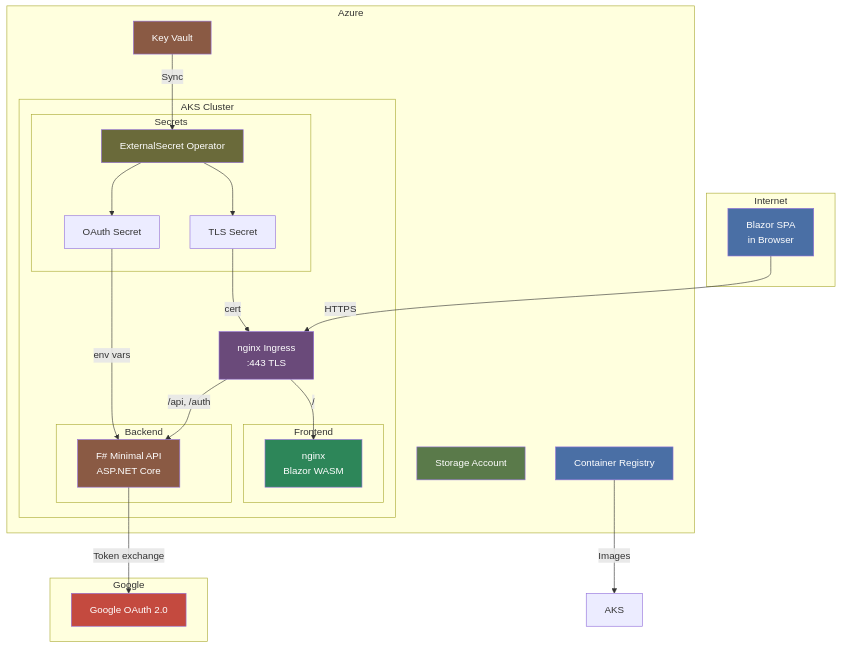
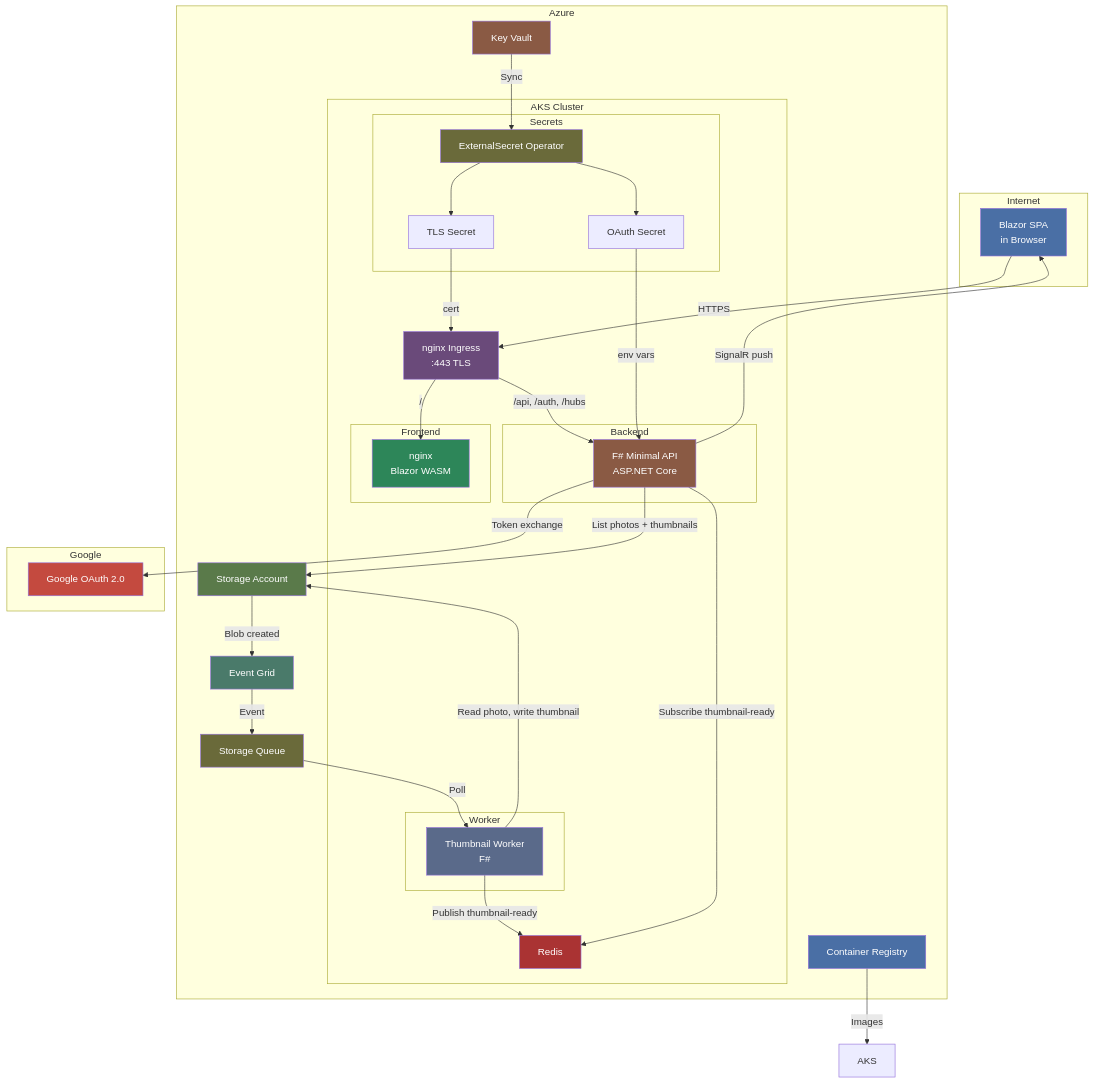
The first of 4 diagrams in README.md (jagasafari/longevity), drawn with Mermaid before and after one commit. The commit also changed other lines of this file and 32 other files, not shown here.

````diff
--- a/README.md
+++ b/README.md
@@ -7,55 +7,75 @@
 ```mermaid
 graph TB
     subgraph Internet
         User[Blazor SPA<br/>in Browser]
     end
 
     subgraph Azure
         subgraph AKS Cluster
             ING[nginx Ingress<br/>:443 TLS]
 
             subgraph Frontend
                 FE[nginx<br/>Blazor WASM]
             end
 
             subgraph Backend
                 BE[F# Minimal API<br/>ASP.NET Core]
             end
 
+            subgraph Worker
+                TW[Thumbnail Worker<br/>F#]
+            end
+
+            REDIS[Redis]
+
             subgraph Secrets
                 ESO[ExternalSecret Operator]
                 TLS[TLS Secret]
                 OAuth[OAuth Secret]
             end
         end
 
         ACR[Container Registry]
         KV[Key Vault]
         SA[Storage Account]
+        EG[Event Grid]
+        Q[Storage Queue]
     end
 
     subgraph Google
         GOAuth[Google OAuth 2.0]
     end
 
     User -->|HTTPS| ING
     ING -->|/| FE
-    ING -->|/api, /auth| BE
+    ING -->|/api, /auth, /hubs| BE
     BE -->|Token exchange| GOAuth
+    BE -->|List photos + thumbnails| SA
+    BE -->|Subscribe thumbnail-ready| REDIS
+    BE -->|SignalR push| User
+    SA -->|Blob created| EG
+    EG -->|Event| Q
+    Q -->|Poll| TW
+    TW -->|Read photo, write thumbnail| SA
+    TW -->|Publish thumbnail-ready| REDIS
     KV -->|Sync| ESO
     ESO --> TLS
     ESO --> OAuth
     OAuth -->|env vars| BE
     TLS -->|cert| ING
     ACR -->|Images| AKS
 
     style User fill:#4a6fa5,color:#fff
     style ING fill:#6a4a7a,color:#fff
     style FE fill:#2d8659,color:#fff
     style BE fill:#8a5a44,color:#fff
+    style TW fill:#5a6a8a,color:#fff
+    style REDIS fill:#a33,color:#fff
     style ACR fill:#4a6fa5,color:#fff
     style KV fill:#8a5a44,color:#fff
     style SA fill:#5a7a4a,color:#fff
+    style EG fill:#4a7a6a,color:#fff
+    style Q fill:#6a6a3a,color:#fff
     style GOAuth fill:#c44a3f,color:#fff
     style ESO fill:#6a6a3a,color:#fff
 ```
````
